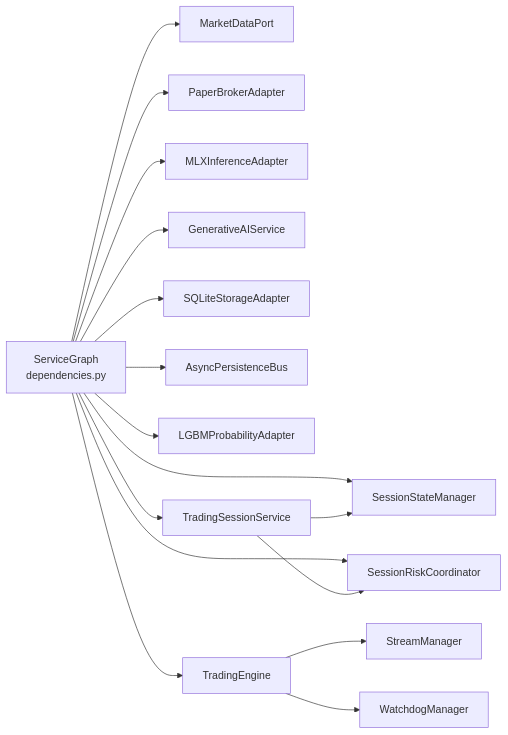
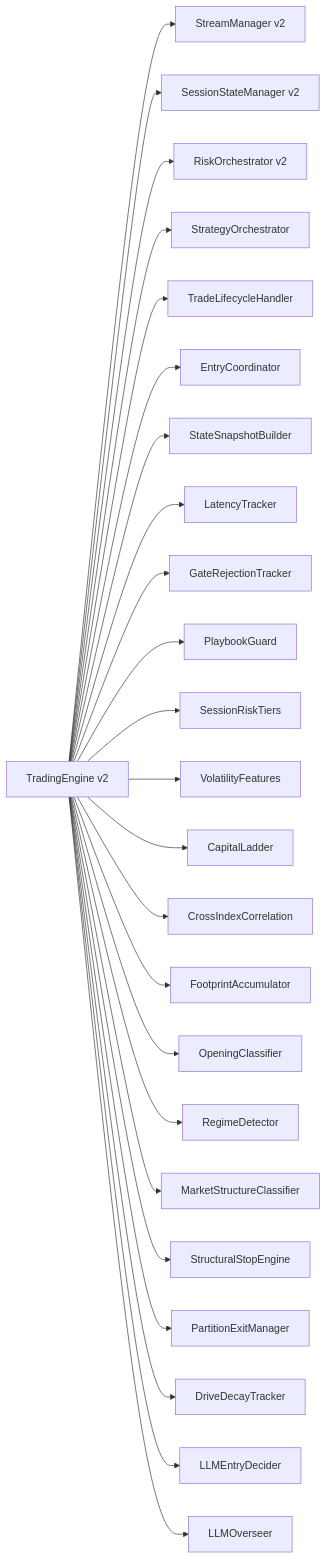
One commit to gemrajkhatry-maker/v5-of-glassytrade-ai changed the seventh of 7 diagrams in .qoder/repowiki/en/content/Backend Application/Core Services/Core Services.md. Above: the diagram before and after it, drawn with Mermaid. The commit also changed other lines of this file and 930 other files, not shown here.

````diff
--- a/.qoder/repowiki/en/content/Backend Application/Core Services/Core Services.md
+++ b/.qoder/repowiki/en/content/Backend Application/Core Services/Core Services.md
@@ -395,18 +407,26 @@
 ```mermaid
 graph LR
-SG["ServiceGraph<br/>dependencies.py"] --> MD["MarketDataPort"]
-SG --> BR["PaperBrokerAdapter"]
-SG --> LLM["MLXInferenceAdapter"]
-SG --> GAIS["GenerativeAIService"]
-SG --> ST["SQLiteStorageAdapter"]
-SG --> PS["AsyncPersistenceBus"]
-SG --> PE["LGBMProbabilityAdapter"]
-SG --> TS["TradingSessionService"]
-SG --> SS["SessionStateManager"]
-SG --> RC["SessionRiskCoordinator"]
-SG --> ENG["TradingEngine"]
-ENG --> SM["StreamManager"]
-ENG --> WM["WatchdogManager"]
-TS --> SS
-TS --> RC
+TE["TradingEngine v2"] --> SM["StreamManager v2"]
+TE --> SS["SessionStateManager v2"]
+TE --> RO["RiskOrchestrator v2"]
+TE --> SO["StrategyOrchestrator"]
+TE --> TL["TradeLifecycleHandler"]
+TE --> EC["EntryCoordinator"]
+TE --> SB["StateSnapshotBuilder"]
+TE --> LA["LatencyTracker"]
+TE --> GR["GateRejectionTracker"]
+TE --> PD["PlaybookGuard"]
+TE --> SR["SessionRiskTiers"]
+TE --> VL["VolatilityFeatures"]
+TE --> CL["CapitalLadder"]
+TE --> CD["CrossIndexCorrelation"]
+TE --> FP["FootprintAccumulator"]
+TE --> OC["OpeningClassifier"]
+TE --> RD["RegimeDetector"]
+TE --> MSC["MarketStructureClassifier"]
+TE --> SSE["StructuralStopEngine"]
+TE --> PEM["PartitionExitManager"]
+TE --> DDT["DriveDecayTracker"]
+TE --> LLM["LLMEntryDecider"]
+TE --> LO["LLMOverseer"]
 ```
````
